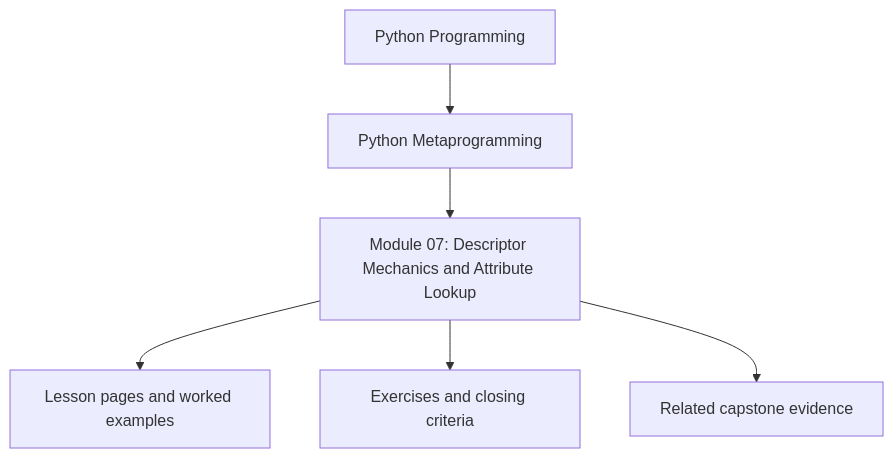
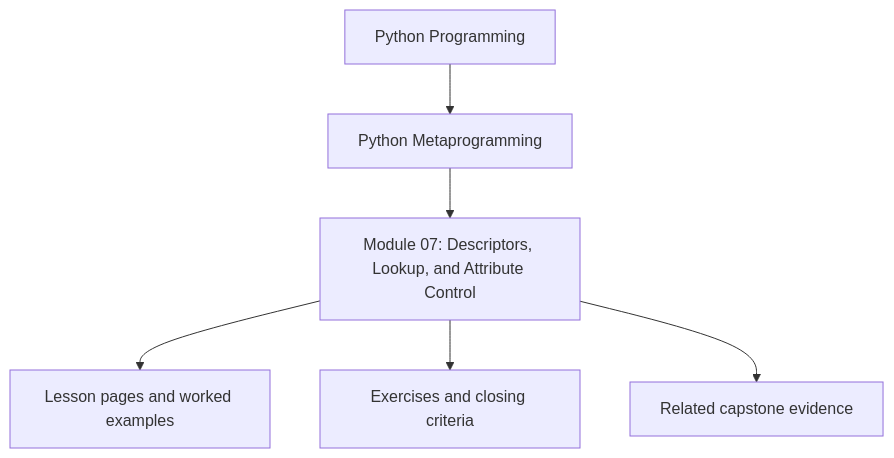
Before and after one commit to bijux/bijux-masterclass: the first of 3 diagrams in programs/python-programming/python-meta-programming/course-book/module-07-descriptor-mechanics-and-lookup/index.md, drawn with Mermaid. The commit also changed other lines of this file and 241 other files, not shown here.

````diff
--- a/programs/python-programming/python-meta-programming/course-book/module-07-descriptor-mechanics-and-lookup/index.md
+++ b/programs/python-programming/python-meta-programming/course-book/module-07-descriptor-mechanics-and-lookup/index.md
@@ -8,8 +8,8 @@
 ```mermaid
 flowchart TD
   family["Python Programming"] --> program["Python Metaprogramming"]
-  program --> module["Module 07: Descriptor Mechanics and Attribute Lookup"]
+  program --> module["Module 07: Descriptors, Lookup, and Attribute Control"]
   module --> lessons["Lesson pages and worked examples"]
   module --> checkpoints["Exercises and closing criteria"]
   module --> capstone["Related capstone evidence"]
 ```
````
